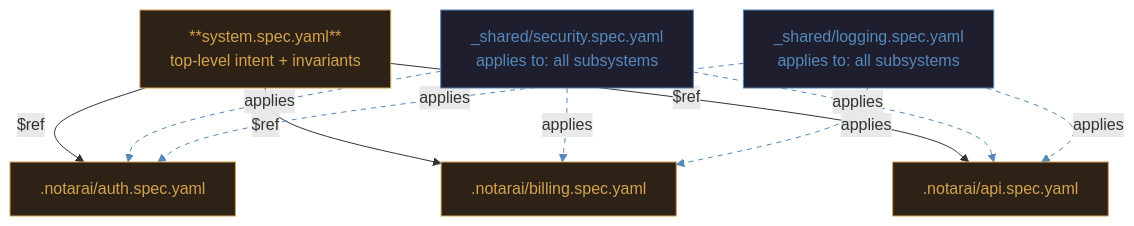
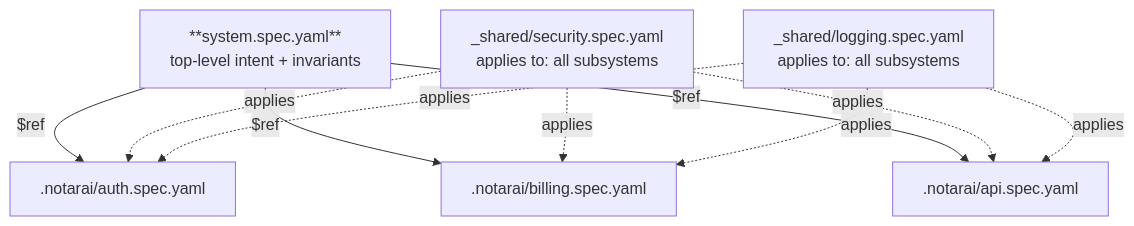
Diagram 11 of 13 in docs-site/src/content/docs/background/design-diagrams.md (davidroeca/NotarAI), drawn with Mermaid before and after one commit. The commit also changed other lines of this file and 12 other files, not shown here.

First line of the commit message:
Update docs site - mermaid rendering

````diff
--- a/docs-site/src/content/docs/background/design-diagrams.md
+++ b/docs-site/src/content/docs/background/design-diagrams.md
@@ -304,36 +245,22 @@
 ```mermaid
 flowchart TD
     System["**system.spec.yaml**<br/>top-level intent + invariants"]
 
     Auth[".notarai/auth.spec.yaml"]
     Billing[".notarai/billing.spec.yaml"]
     API[".notarai/api.spec.yaml"]
 
     Security["_shared/security.spec.yaml<br/>applies to: all subsystems"]
     Logging["_shared/logging.spec.yaml<br/>applies to: all subsystems"]
 
     System -->|"$ref"| Auth
     System -->|"$ref"| Billing
     System -->|"$ref"| API
 
     Security -.->|applies| Auth
     Security -.->|applies| Billing
     Security -.->|applies| API
     Logging -.->|applies| Auth
     Logging -.->|applies| Billing
     Logging -.->|applies| API
-
-    style System fill:#2d2215,stroke:#d4a24e,color:#d4a24e
-    style Auth fill:#2d2215,stroke:#d4a24e,color:#d4a24e
-    style Billing fill:#2d2215,stroke:#d4a24e,color:#d4a24e
-    style API fill:#2d2215,stroke:#d4a24e,color:#d4a24e
-    style Security fill:#1e1e2e,stroke:#5588bb,color:#5588bb
-    style Logging fill:#1e1e2e,stroke:#5588bb,color:#5588bb
-
-    linkStyle 3 stroke:#5588bb,stroke-dasharray:5 5
-    linkStyle 4 stroke:#5588bb,stroke-dasharray:5 5
-    linkStyle 5 stroke:#5588bb,stroke-dasharray:5 5
-    linkStyle 6 stroke:#5588bb,stroke-dasharray:5 5
-    linkStyle 7 stroke:#5588bb,stroke-dasharray:5 5
-    linkStyle 8 stroke:#5588bb,stroke-dasharray:5 5
 ```
````
